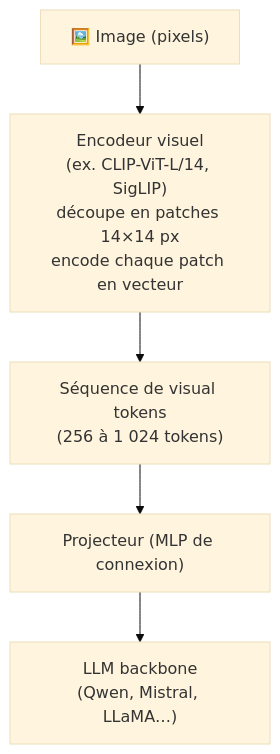
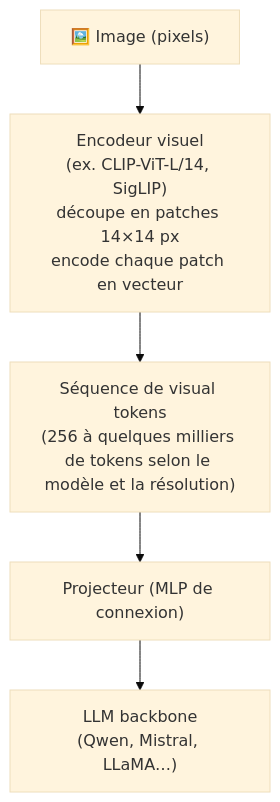
One commit to DamienBecherini/ia-on-prem-vault changed the first of 2 diagrams in 01-fondations/multimodality-vram-impact.md. Above: the diagram before and after it, drawn with Mermaid (base theme). The commit also changed other lines of this file and 11 other files, not shown here.

````diff
--- a/01-fondations/multimodality-vram-impact.md
+++ b/01-fondations/multimodality-vram-impact.md
@@ -30,7 +30,7 @@
 ```mermaid
 flowchart TD
     A["🖼️ Image (pixels)"] --> B["Encodeur visuel\n(ex. CLIP-ViT-L/14, SigLIP)\ndécoupe en patches 14×14 px\nencode chaque patch en vecteur"]
-    B --> C["Séquence de visual tokens\n(256 à 1 024 tokens)"]
+    B --> C["Séquence de visual tokens\n(256 à quelques milliers de tokens selon le modèle et la résolution)"]
     C --> D["Projecteur (MLP de connexion)"]
     D --> E["LLM backbone\n(Qwen, Mistral, LLaMA…)"]
 ```
````
